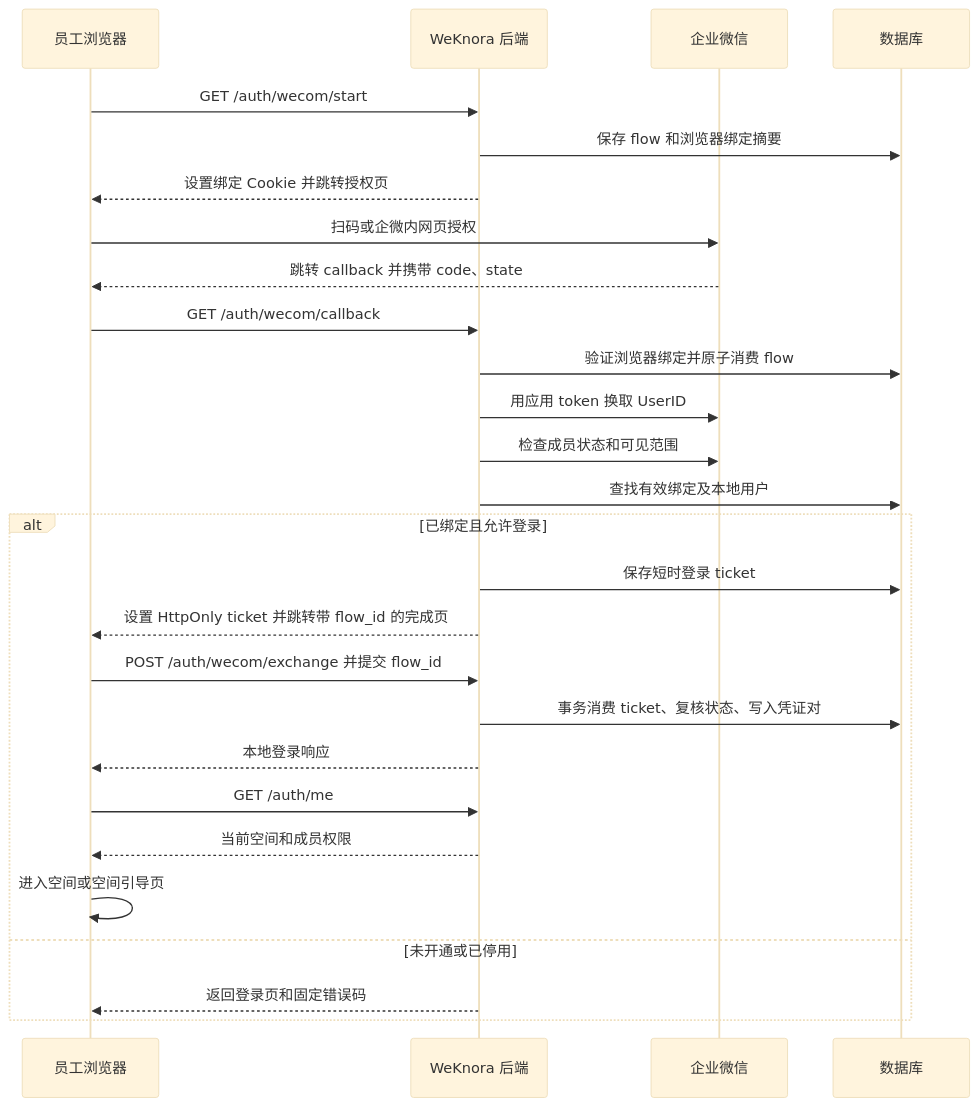
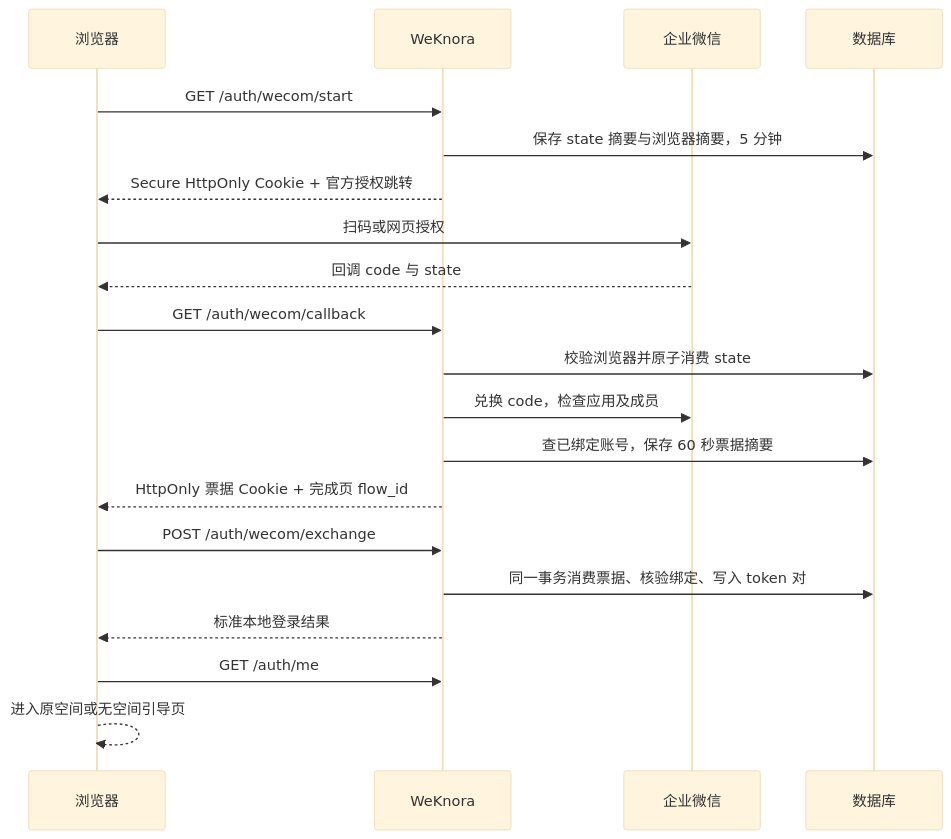
Before and after one commit to lvchenyang/WeKnora: the diagram in website-docs/06-development/06-wecom-login-integration.md, drawn with Mermaid (base theme). The commit also changed other lines of this file and 47 other files, not shown here.

````diff
--- a/website-docs/06-development/06-wecom-login-integration.md
+++ b/website-docs/06-development/06-wecom-login-integration.md
@@ -176,29 +78,22 @@
 ```mermaid
 sequenceDiagram
-    participant B as 员工浏览器
-    participant W as WeKnora 后端
+    participant B as 浏览器
+    participant W as WeKnora
     participant Q as 企业微信
     participant D as 数据库
     B->>W: GET /auth/wecom/start
-    W->>D: 保存 flow 和浏览器绑定摘要
-    W-->>B: 设置绑定 Cookie 并跳转授权页
-    B->>Q: 扫码或企微内网页授权
-    Q-->>B: 跳转 callback 并携带 code、state
+    W->>D: 保存 state 摘要与浏览器摘要，5 分钟
+    W-->>B: Secure HttpOnly Cookie + 官方授权跳转
+    B->>Q: 扫码或网页授权
+    Q-->>B: 回调 code 与 state
     B->>W: GET /auth/wecom/callback
-    W->>D: 验证浏览器绑定并原子消费 flow
-    W->>Q: 用应用 token 换取 UserID
-    W->>Q: 检查成员状态和可见范围
-    W->>D: 查找有效绑定及本地用户
-    alt 已绑定且允许登录
-        W->>D: 保存短时登录 ticket
-        W-->>B: 设置 HttpOnly ticket 并跳转带 flow_id 的完成页
-        B->>W: POST /auth/wecom/exchange 并提交 flow_id
-        W->>D: 事务消费 ticket、复核状态、写入凭证对
-        W-->>B: 本地登录响应
-        B->>W: GET /auth/me
-        W-->>B: 当前空间和成员权限
-        B->>B: 进入空间或空间引导页
-    else 未开通或已停用
-        W-->>B: 返回登录页和固定错误码
-    end
+    W->>D: 校验浏览器并原子消费 state
+    W->>Q: 兑换 code，检查应用及成员
+    W->>D: 查已绑定账号，保存 60 秒票据摘要
+    W-->>B: HttpOnly 票据 Cookie + 完成页 flow_id
+    B->>W: POST /auth/wecom/exchange
+    W->>D: 同一事务消费票据、核验绑定、写入 token 对
+    W-->>B: 标准本地登录结果
+    B->>W: GET /auth/me
+    B-->>B: 进入原空间或无空间引导页
 ```
````
